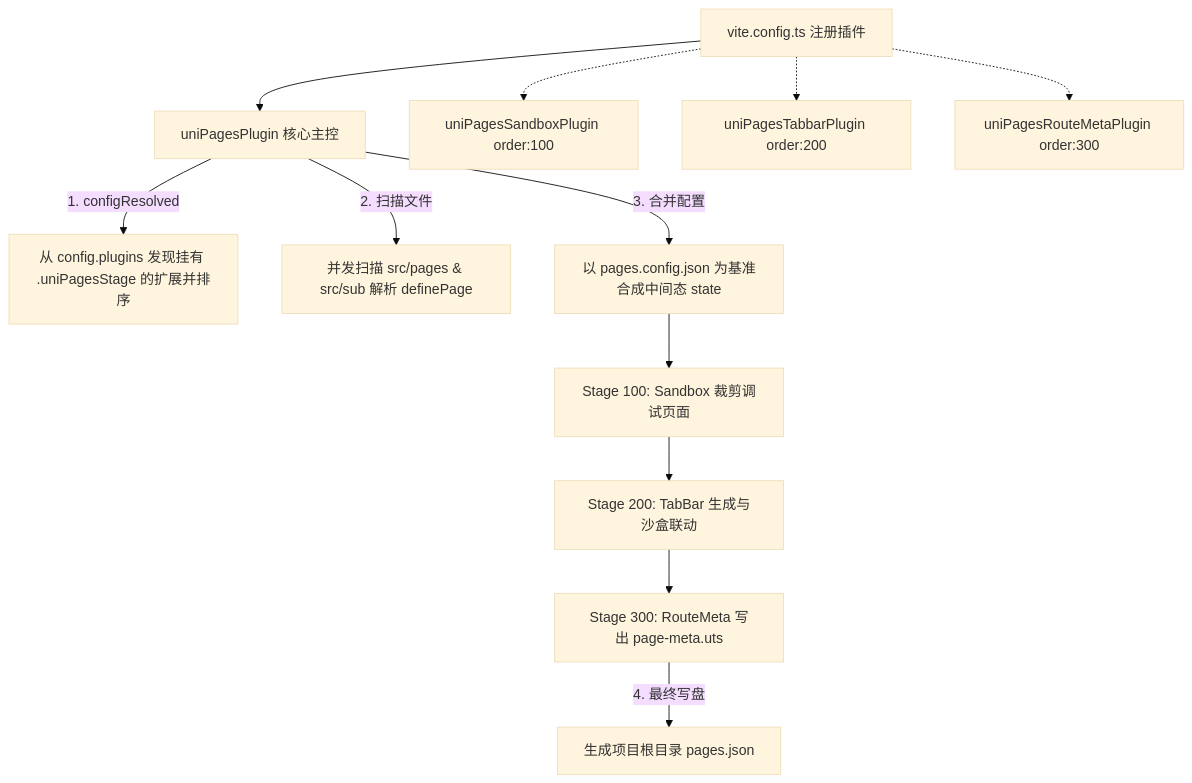
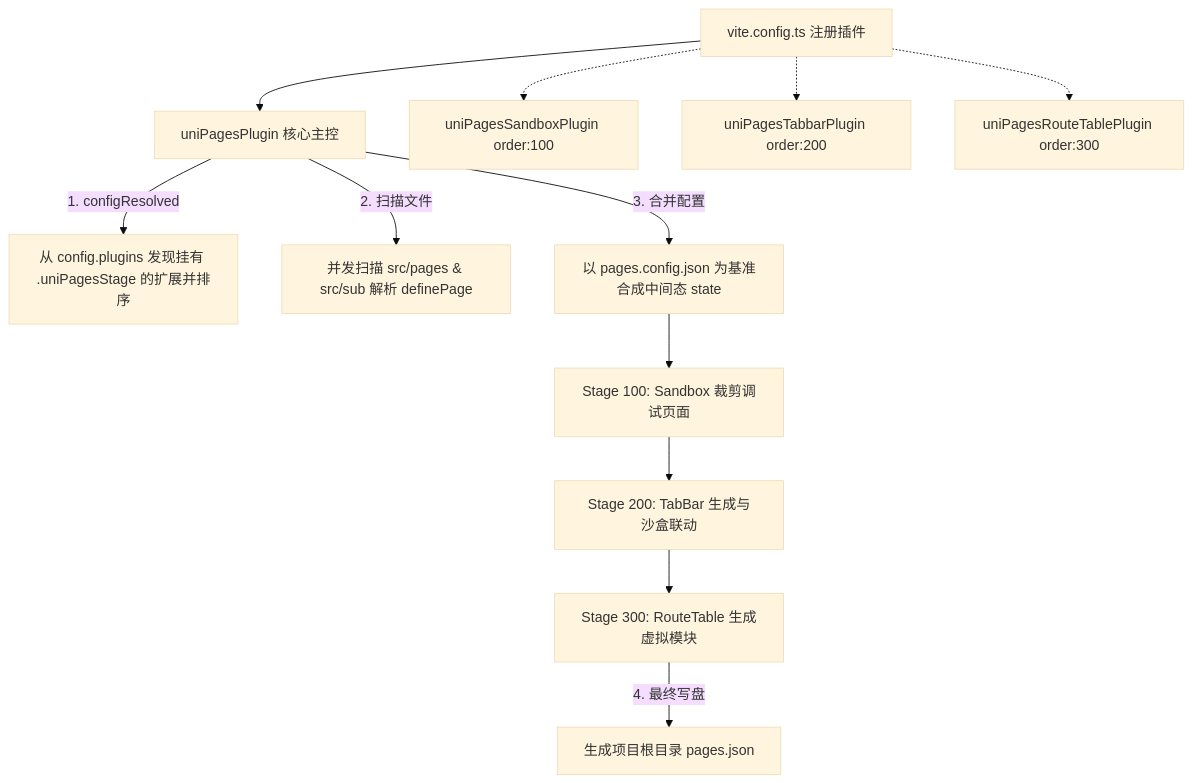
The diagram in plugins/README.md (cq112233/unibestX), drawn with Mermaid (base theme) before and after one commit. The commit also changed other lines of this file and 14 other files, not shown here.

Commit message:
docs: 新增虚拟插件uni-pages-route-table，自动获取route表

````diff
--- a/plugins/README.md
+++ b/plugins/README.md
@@ -45,17 +45,17 @@
 ```mermaid
 graph TD
     A[vite.config.ts 注册插件] --> B[uniPagesPlugin 核心主控]
     A -.-> C1[uniPagesSandboxPlugin order:100]
     A -.-> C2[uniPagesTabbarPlugin order:200]
-    A -.-> C3[uniPagesRouteMetaPlugin order:300]
+    A -.-> C3[uniPagesRouteTablePlugin order:300]
 
     B -- 1. configResolved --> D[从 config.plugins 发现挂有 .uniPagesStage 的扩展并排序]
     B -- 2. 扫描文件 --> E[并发扫描 src/pages & src/sub 解析 definePage]
     B -- 3. 合并配置 --> F[以 pages.config.json 为基准合成中间态 state]
     
     F --> G1[Stage 100: Sandbox 裁剪调试页面]
     G1 --> G2[Stage 200: TabBar 生成与沙盒联动]
-    G2 --> G3[Stage 300: RouteMeta 写出 page-meta.uts]
+    G2 --> G3[Stage 300: RouteTable 生成虚拟模块]
     
     G3 -- 4. 最终写盘 --> H[生成项目根目录 pages.json]
 ```
````
